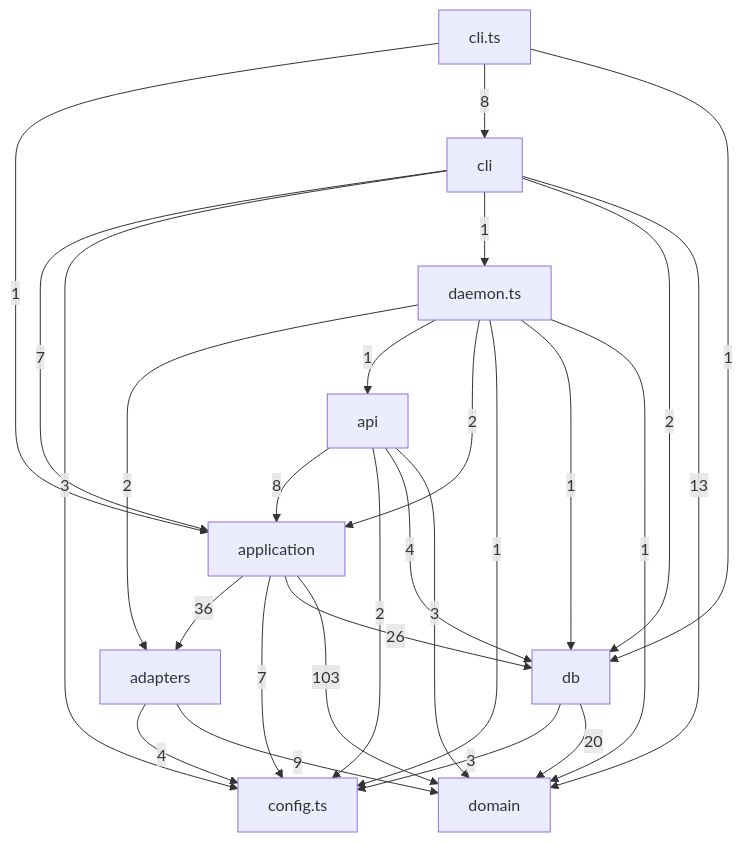
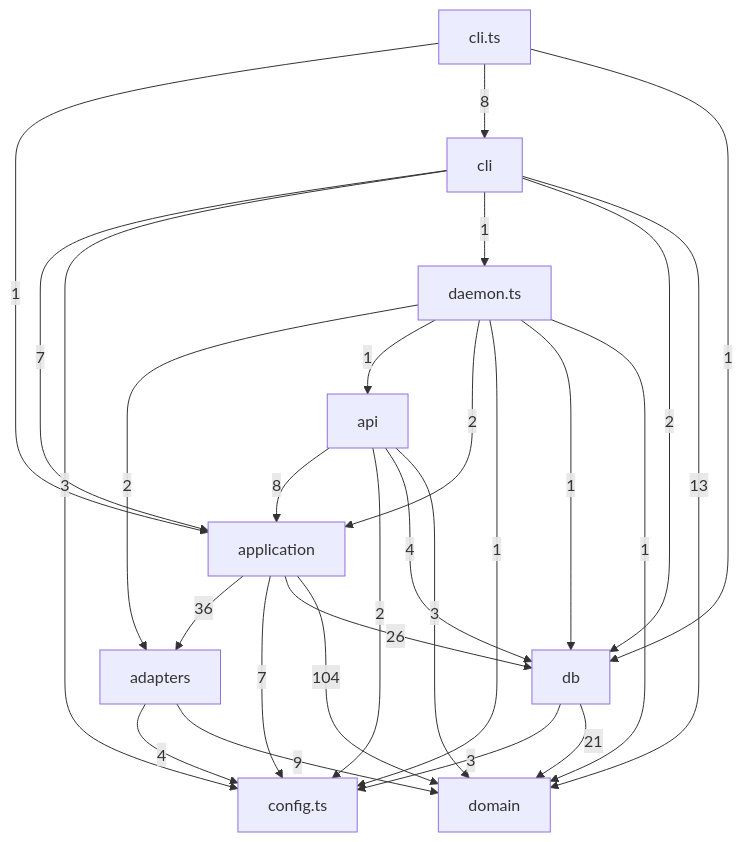
One commit to tomrobdev/agentdeck changed the third of 5 diagrams in docs/architecture.md. Above: the diagram before and after it, drawn with Mermaid. The commit also changed other lines of this file and 15 other files, not shown here.

````diff
--- a/docs/architecture.md
+++ b/docs/architecture.md
@@ -95,38 +97,38 @@
 ```mermaid
 flowchart TD
   adapters["adapters"]
   api["api"]
   application["application"]
   cli["cli"]
   cli_ts["cli.ts"]
   config_ts["config.ts"]
   daemon_ts["daemon.ts"]
   db["db"]
   domain["domain"]
   adapters -->|4| config_ts
   adapters -->|9| domain
   api -->|8| application
   api -->|2| config_ts
   api -->|4| db
   api -->|3| domain
   application -->|36| adapters
   application -->|7| config_ts
   application -->|26| db
-  application -->|103| domain
+  application -->|104| domain
   cli_ts -->|1| application
   cli_ts -->|8| cli
   cli_ts -->|1| db
   cli -->|7| application
   cli -->|3| config_ts
   cli -->|1| daemon_ts
   cli -->|2| db
   cli -->|13| domain
   daemon_ts -->|2| adapters
   daemon_ts -->|1| api
   daemon_ts -->|2| application
   daemon_ts -->|1| config_ts
   daemon_ts -->|1| db
   daemon_ts -->|1| domain
   db -->|3| config_ts
-  db -->|20| domain
+  db -->|21| domain
 ```
````
